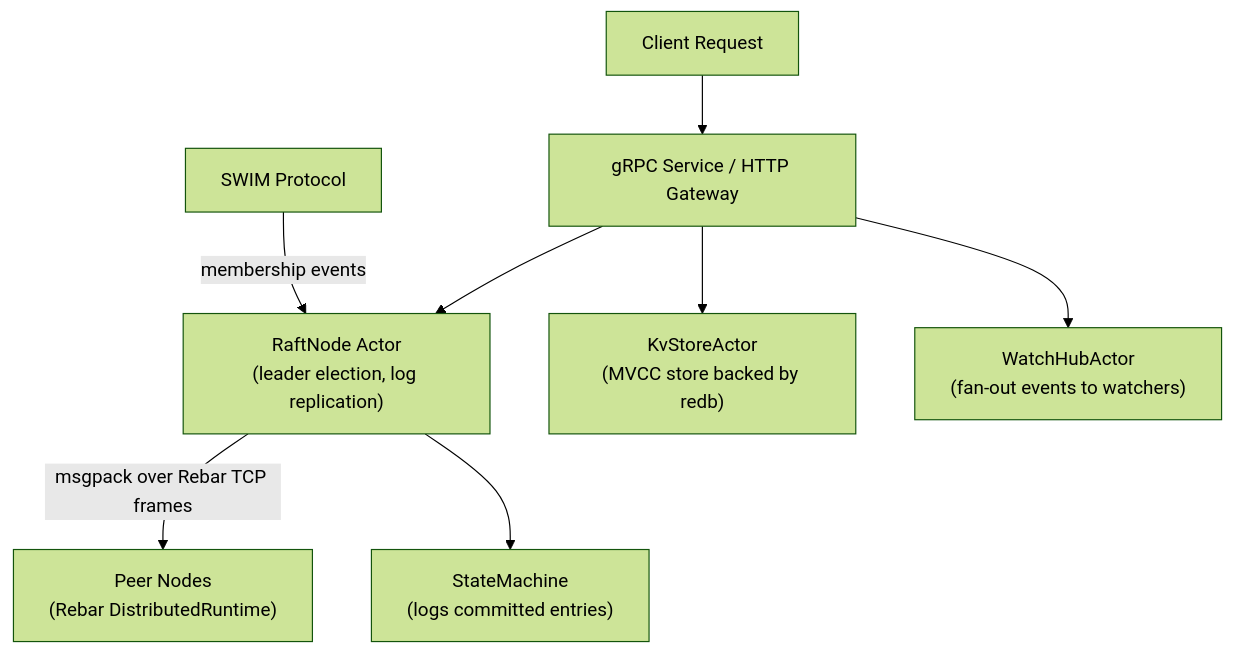
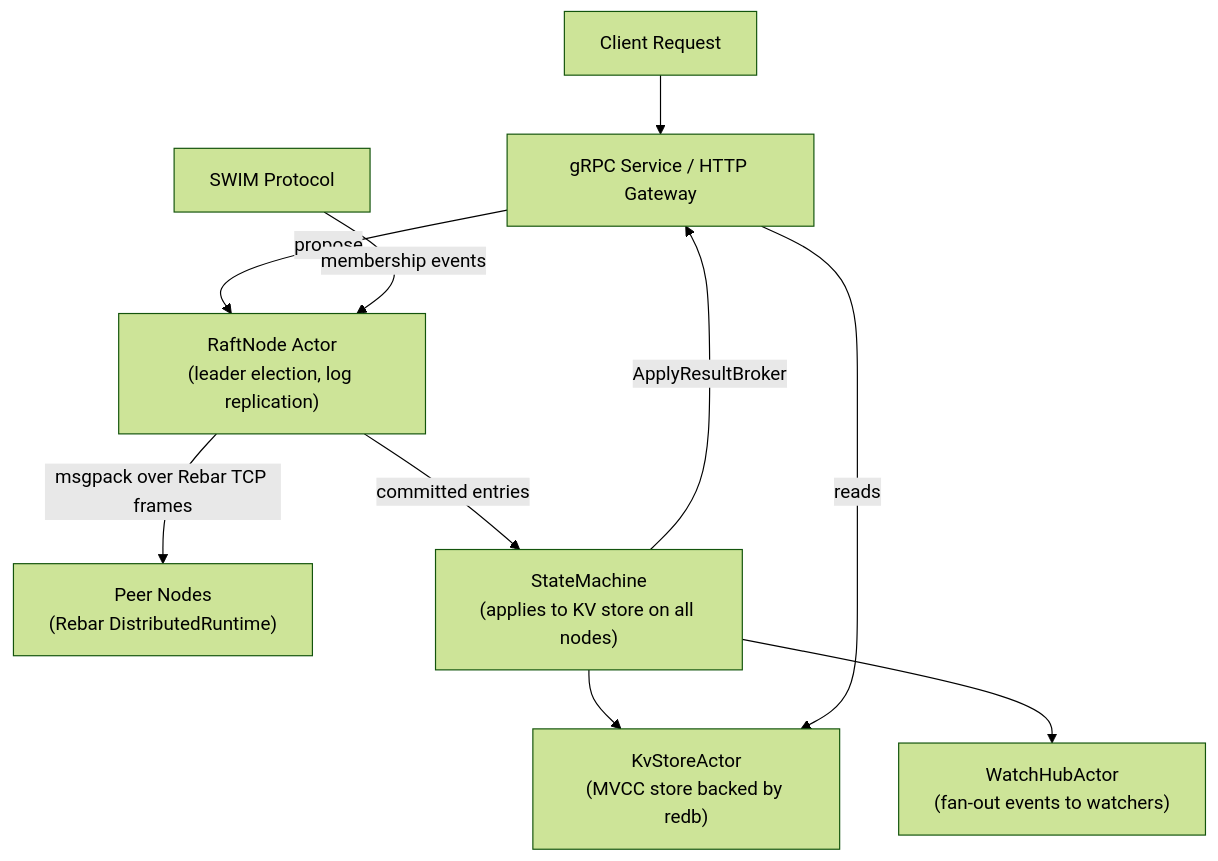
The second of 2 diagrams in README.md (alexandernicholson/barkeeper), drawn with Mermaid (forest theme) before and after one commit. The commit also changed other lines of this file and 112 other files, not shown here.

````diff
--- a/README.md
+++ b/README.md
@@ -119,10 +120,12 @@
 ```mermaid
 graph TD
     Client["Client Request"] --> API["gRPC Service / HTTP Gateway"]
-    API --> Raft["RaftNode Actor<br>(leader election, log replication)"]
+    API -->|"propose"| Raft["RaftNode Actor<br>(leader election, log replication)"]
     Raft -->|"msgpack over Rebar TCP frames"| Peers["Peer Nodes<br>(Rebar DistributedRuntime)"]
-    Raft --> SM["StateMachine<br>(logs committed entries)"]
-    API --> KSA["KvStoreActor<br>(MVCC store backed by redb)"]
-    API --> WHA["WatchHubActor<br>(fan-out events to watchers)"]
+    Raft -->|"committed entries"| SM["StateMachine<br>(applies to KV store on all nodes)"]
+    SM --> KSA["KvStoreActor<br>(MVCC store backed by redb)"]
+    SM --> WHA["WatchHubActor<br>(fan-out events to watchers)"]
+    SM -->|"ApplyResultBroker"| API
+    API -->|"reads"| KSA
     SWIM["SWIM Protocol"] -->|"membership events"| Raft
 ```
````
